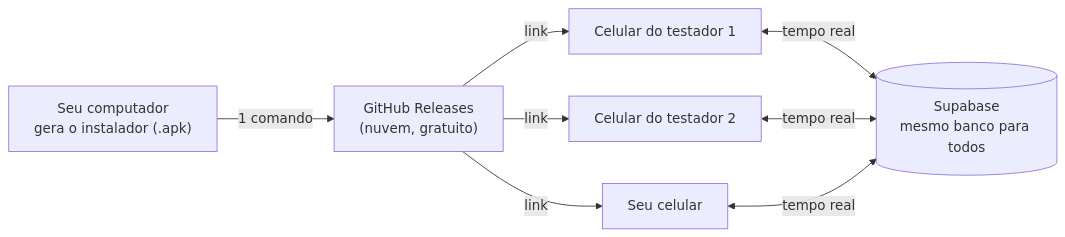
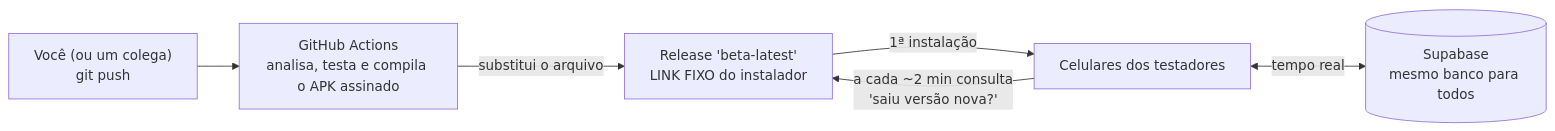
Before and after one commit to Washington-Freitas/DesperrengueApp_TAI3: the diagram in docs/TESTE_COM_AMIGOS.md, drawn with Mermaid. The commit also changed other lines of this file and 15 other files, not shown here.

Commit message:
ci(beta): APK automatico a cada push (release rolante beta-latest), aviso de versao nova dentro do app, chave beta separada, ADR-0017

````diff
--- a/docs/TESTE_COM_AMIGOS.md
+++ b/docs/TESTE_COM_AMIGOS.md
@@ -9,8 +11,8 @@
 ```mermaid
 flowchart LR
-    DEV["Seu computador<br/>gera o instalador (.apk)"] -->|"1 comando"| GH["GitHub Releases<br/>(nuvem, gratuito)"]
-    GH -->|"link"| T1["Celular do testador 1"]
-    GH -->|"link"| T2["Celular do testador 2"]
-    GH -->|"link"| ME["Seu celular"]
-    T1 & T2 & ME <-->|"tempo real"| SB[("Supabase<br/>mesmo banco para todos")]
+    DEV["Você (ou um colega)<br/>git push"] --> CI["GitHub Actions<br/>analisa, testa e compila o APK assinado"]
+    CI -->|"substitui o arquivo"| REL["Release 'beta-latest'<br/>LINK FIXO do instalador"]
+    REL -->|"1ª instalação"| T["Celulares dos testadores"]
+    T -->|"a cada ~2 min consulta<br/>'saiu versão nova?'"| REL
+    T <-->|"tempo real"| SB[("Supabase<br/>mesmo banco para todos")]
 ```
````
